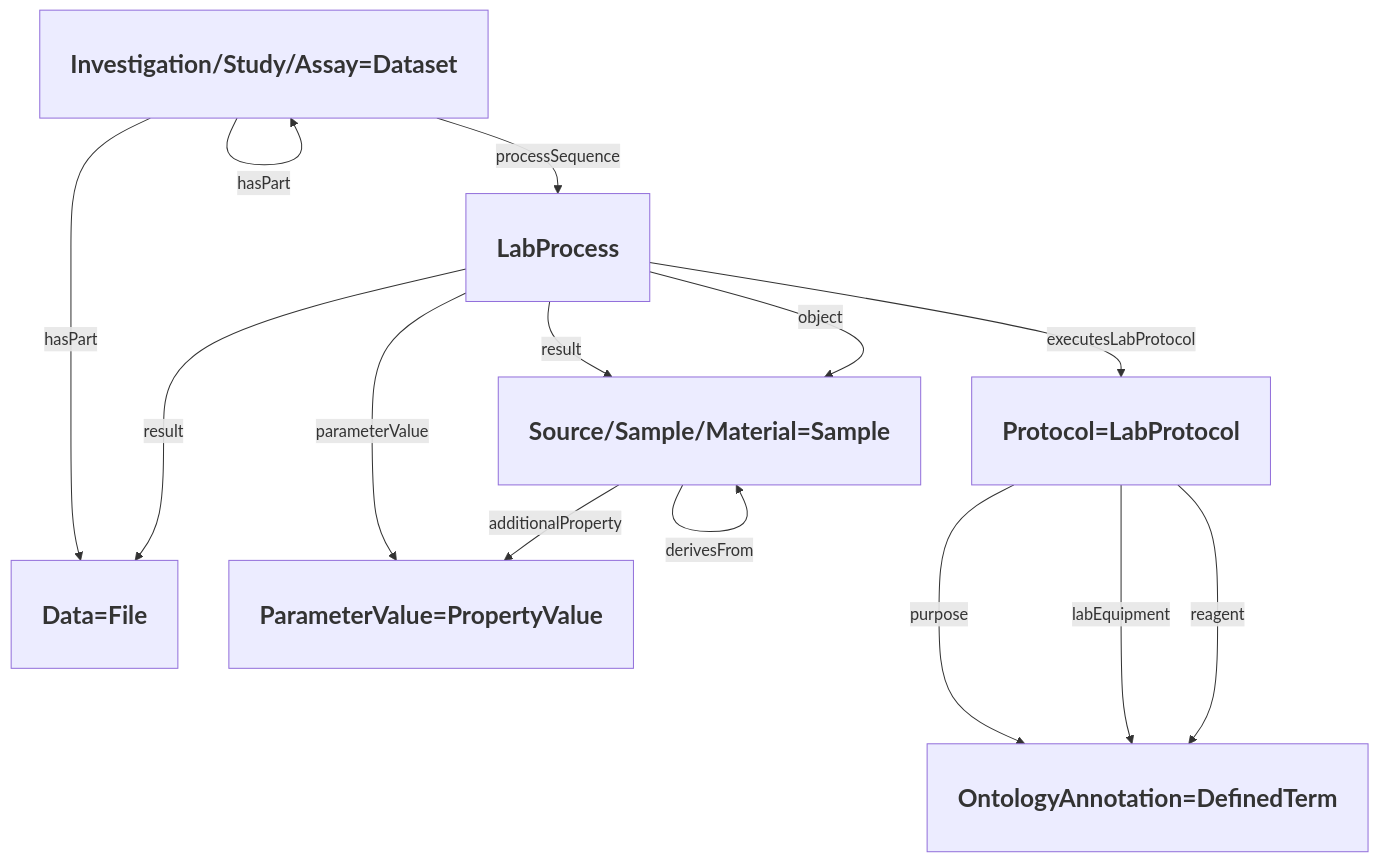
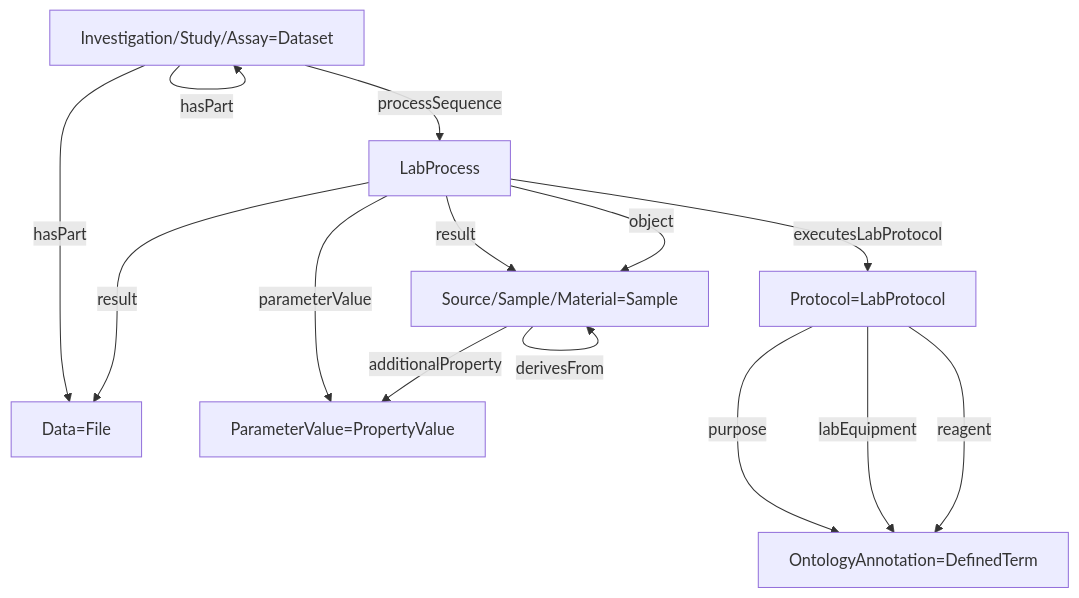
One commit to nfdi4plants/isa-ro-crate-profile changed the diagram in profile/isa_ro_crate.md. Above: the diagram before and after it, drawn with Mermaid.

Commit message:
removed the h2 tags from the mermaid graph
now seems to be sanitized

````diff
--- a/profile/isa_ro_crate.md
+++ b/profile/isa_ro_crate.md
@@ -38,35 +38,35 @@
 ```mermaid
 flowchart TD
 
-dataset[<h2>Investigation/Study/Assay=Dataset</h2>]
+dataset[Investigation/Study/Assay=Dataset]
 
-Process[<h2>LabProcess</h2>]
+Process[LabProcess]
 
-Protocol[<h2>Protocol=LabProtocol</h2>]
+Protocol[Protocol=LabProtocol]
 
-BioSample[<h2>Source/Sample/Material=Sample</h2>]
+BioSample[Source/Sample/Material=Sample]
 
-DataFile[<h2>Data=File</h2>]
+DataFile[Data=File]
 
-ont[<h2>OntologyAnnotation=DefinedTerm</h2>]
+ont[OntologyAnnotation=DefinedTerm]
 
-prop[<h2>ParameterValue=PropertyValue</h2>]
+prop[ParameterValue=PropertyValue]
 
 dataset --hasPart--> dataset
 dataset --hasPart----> DataFile
 dataset --processSequence--> Process
 
 Process --"result"---> DataFile
 Process --"result"--> BioSample
 Process --"object"--> BioSample
 Process --executesLabProtocol--> Protocol
 Process --parameterValue---> prop
 
 BioSample --derivesFrom--> BioSample
 BioSample --additionalProperty--> prop
 
 Protocol --purpose---> ont
 Protocol --labEquipment---> ont
 Protocol --reagent---> ont
 
 ```
````
